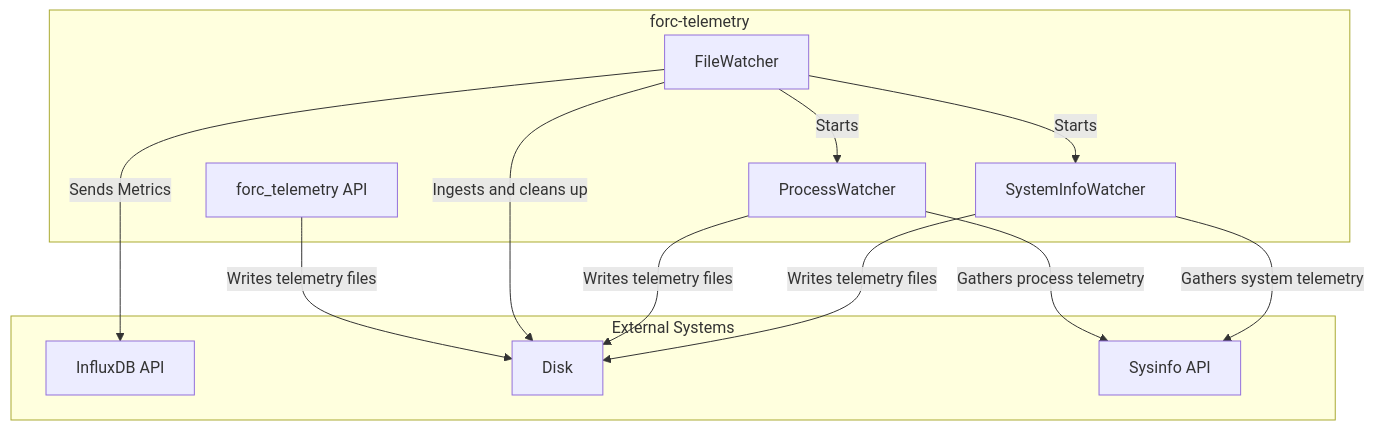
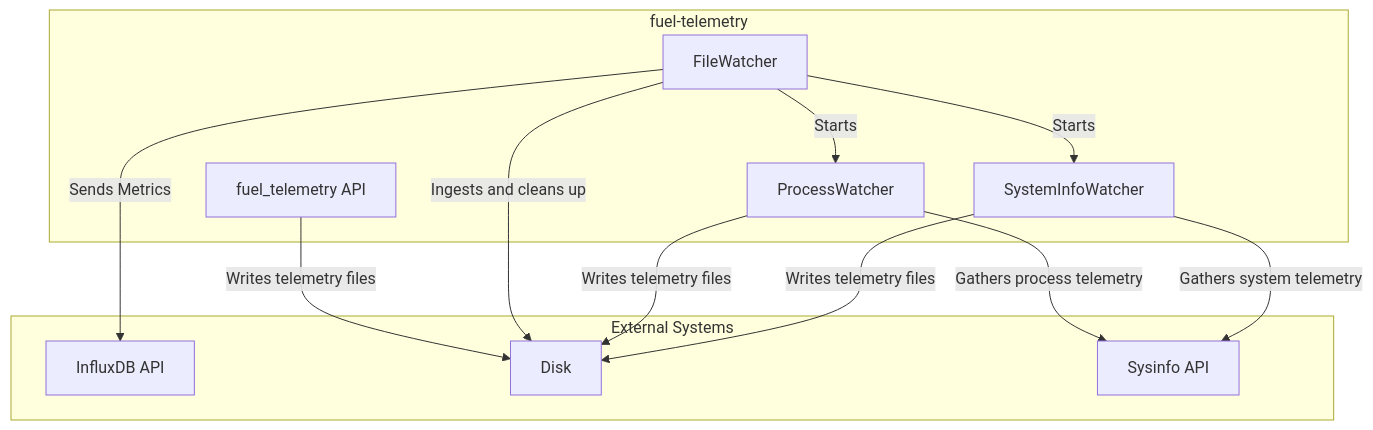
One commit to FuelLabs/fuel-telemetry changed the third of 4 diagrams in docs/architecture.md. Above: the diagram before and after it, drawn with Mermaid. The commit also changed other lines of this file and 9 other files, not shown here.

Commit message:
Renaming crate to fuel-telemetry

````diff
--- a/docs/architecture.md
+++ b/docs/architecture.md
@@ -85,26 +85,26 @@
 ```mermaid
 graph TD
-  subgraph forc-telemetry
-    A[forc_telemetry API]
+  subgraph fuel-telemetry
+    A[fuel_telemetry API]
     B[FileWatcher]
     C[ProcessWatcher]
     D[SystemInfoWatcher]
   end
 
   subgraph External Systems
     E[InfluxDB API]
     F[Disk]
     G[Sysinfo API]
   end
 
   A -->|Writes telemetry files| F
   B -->|Ingests and cleans up| F
   C -->|Writes telemetry files| F
   D -->|Writes telemetry files| F
 
   B -->|Sends Metrics| E
   B -->|Starts| C
   B -->|Starts| D
   C -->|Gathers process telemetry| G
   D -->|Gathers system telemetry| G
 ```
````
